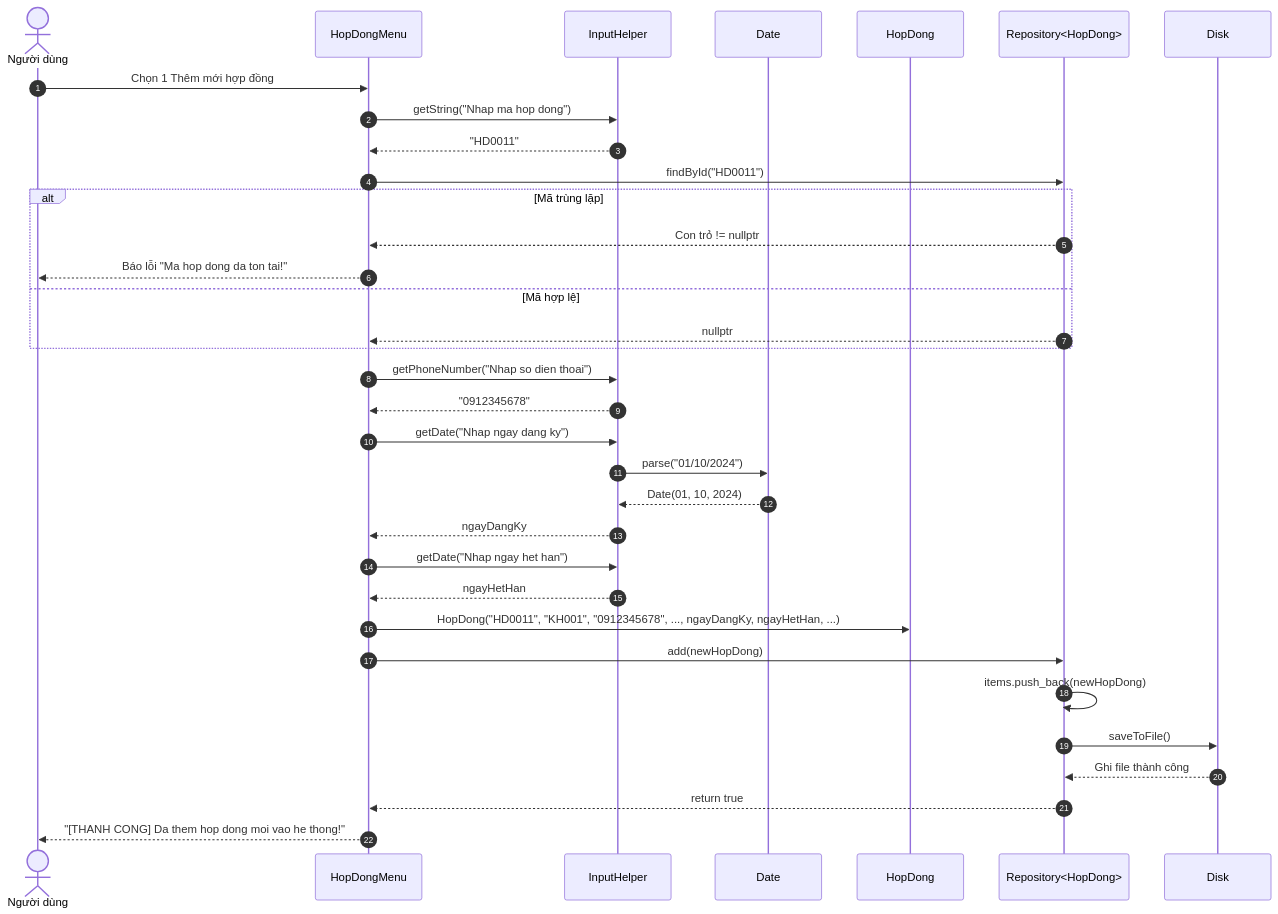
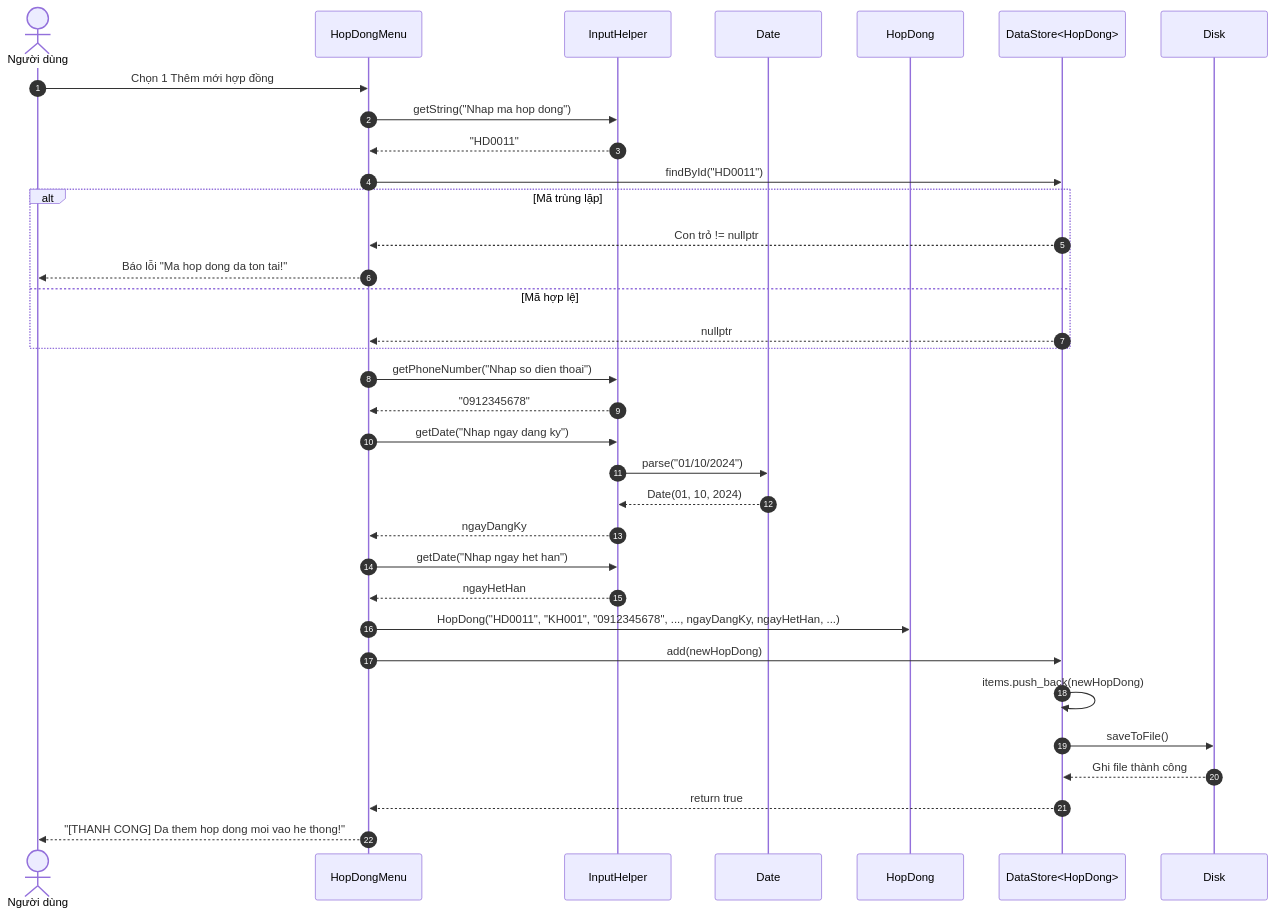
The second of 6 diagrams in docs/Operational/INTERACTION_DIAGRAM.md (vgbn2/BTL_KTLT), drawn with Mermaid before and after one commit. The commit also changed other lines of this file and 20 other files, not shown here.

````diff
--- a/docs/Operational/INTERACTION_DIAGRAM.md
+++ b/docs/Operational/INTERACTION_DIAGRAM.md
@@ -73,42 +73,42 @@
 ```mermaid
 sequenceDiagram
     autonumber
     actor User as Người dùng
     participant Menu as HopDongMenu
     participant Input as InputHelper
     participant DateMod as Date
     participant HD as HopDong
-    participant Repo as Repository<HopDong>
+    participant Repo as DataStore<HopDong>
     participant File as Disk
 
     User->>Menu: Chọn 1 Thêm mới hợp đồng
     Menu->>Input: getString("Nhap ma hop dong")
     Input-->>Menu: "HD0011"
     
     Menu->>Repo: findById("HD0011")
     alt Mã trùng lặp
         Repo-->>Menu: Con trỏ != nullptr
         Menu-->>User: Báo lỗi "Ma hop dong da ton tai!"
     else Mã hợp lệ
         Repo-->>Menu: nullptr
     end
 
     Menu->>Input: getPhoneNumber("Nhap so dien thoai")
     Input-->>Menu: "0912345678"
 
     Menu->>Input: getDate("Nhap ngay dang ky")
     Input->>DateMod: parse("01/10/2024")
     DateMod-->>Input: Date(01, 10, 2024)
     Input-->>Menu: ngayDangKy
 
     Menu->>Input: getDate("Nhap ngay het han")
     Input-->>Menu: ngayHetHan
 
     Menu->>HD: HopDong("HD0011", "KH001", "0912345678", ..., ngayDangKy, ngayHetHan, ...)
     Menu->>Repo: add(newHopDong)
     Repo->>Repo: items.push_back(newHopDong)
     Repo->>File: saveToFile()
     File-->>Repo: Ghi file thành công
     Repo-->>Menu: return true
     Menu-->>User: "[THANH CONG] Da them hop dong moi vao he thong!"
 ```
````
